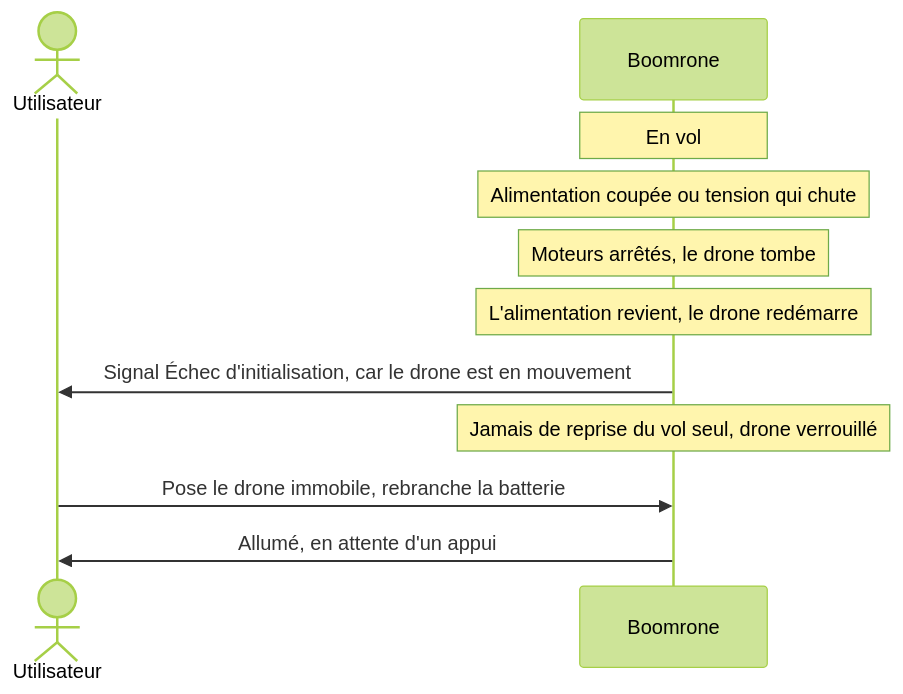
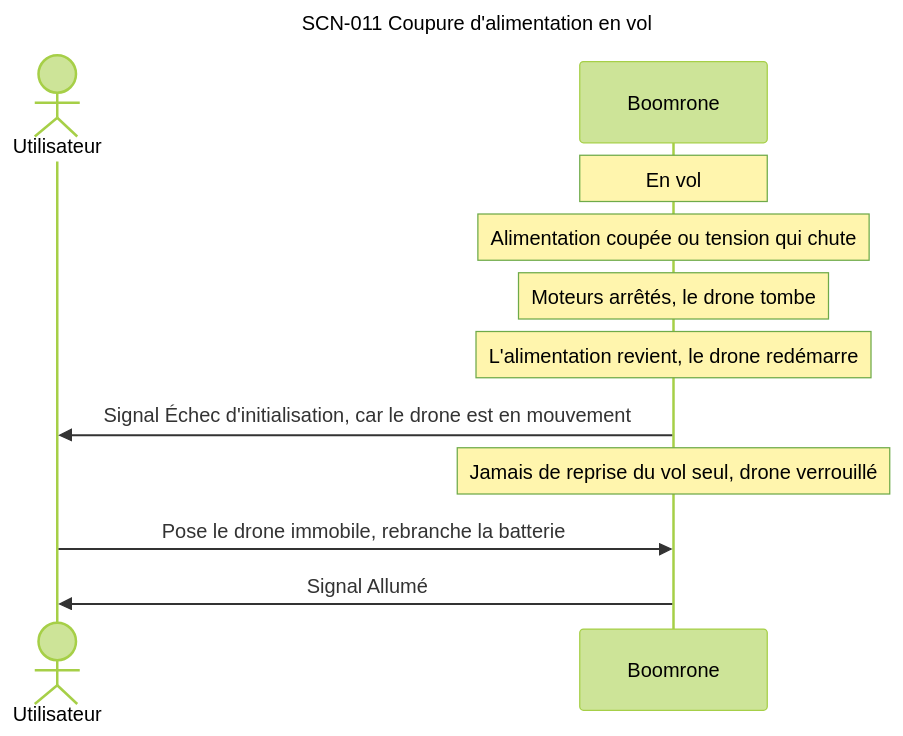
Diagram 13 of 13 in projets/boomrone/00-scenarios.md (thourymatthieu-png/coworker_archi_system), drawn with Mermaid (forest theme) before and after one commit. The commit also changed other lines of this file and 3 other files, not shown here.

````diff
--- a/projets/boomrone/00-scenarios.md
+++ b/projets/boomrone/00-scenarios.md
@@ -354,13 +415,16 @@
 ```mermaid
+---
+title: "SCN-011 Coupure d'alimentation en vol"
+---
 sequenceDiagram
     actor U as Utilisateur
     participant D as Boomrone
     Note over D: En vol
     Note over D: Alimentation coupée ou tension qui chute
     Note over D: Moteurs arrêtés, le drone tombe
     Note over D: L'alimentation revient, le drone redémarre
     D->>U: Signal Échec d'initialisation, car le drone est en mouvement
     Note over D: Jamais de reprise du vol seul, drone verrouillé
     U->>D: Pose le drone immobile, rebranche la batterie
-    D->>U: Allumé, en attente d'un appui
+    D->>U: Signal Allumé
 ```
````
